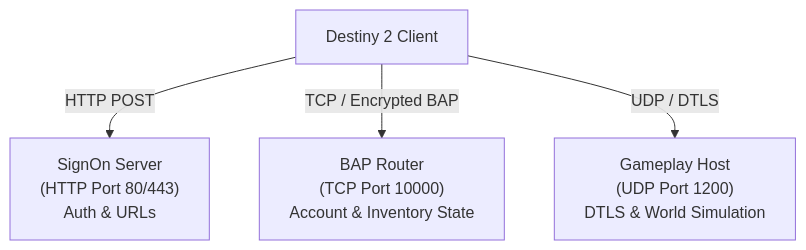
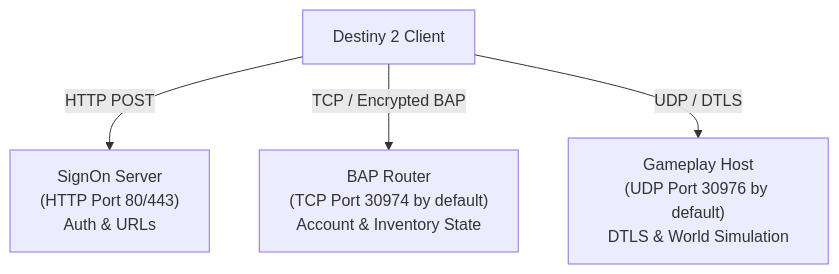
The diagram in docs/network-protocols.md (stanuwu/Sunrise), drawn with Mermaid before and after one commit. The commit also changed other lines of this file and 7 other files, not shown here.

````diff
--- a/docs/network-protocols.md
+++ b/docs/network-protocols.md
@@ -13,12 +13,12 @@
 ```mermaid
 graph TD
     Client["Destiny 2 Client"]
 
     SignOn["SignOn Server<br/>(HTTP Port 80/443)<br/>Auth & URLs"]
-    BAP["BAP Router<br/>(TCP Port 10000)<br/>Account & Inventory State"]
-    Gameplay["Gameplay Host<br/>(UDP Port 1200)<br/>DTLS & World Simulation"]
+    BAP["BAP Router<br/>(TCP Port 30974 by default)<br/>Account & Inventory State"]
+    Gameplay["Gameplay Host<br/>(UDP Port 30976 by default)<br/>DTLS & World Simulation"]
 
     Client -->|HTTP POST| SignOn
     Client -->|TCP / Encrypted BAP| BAP
     Client -->|UDP / DTLS| Gameplay
 ```
````
